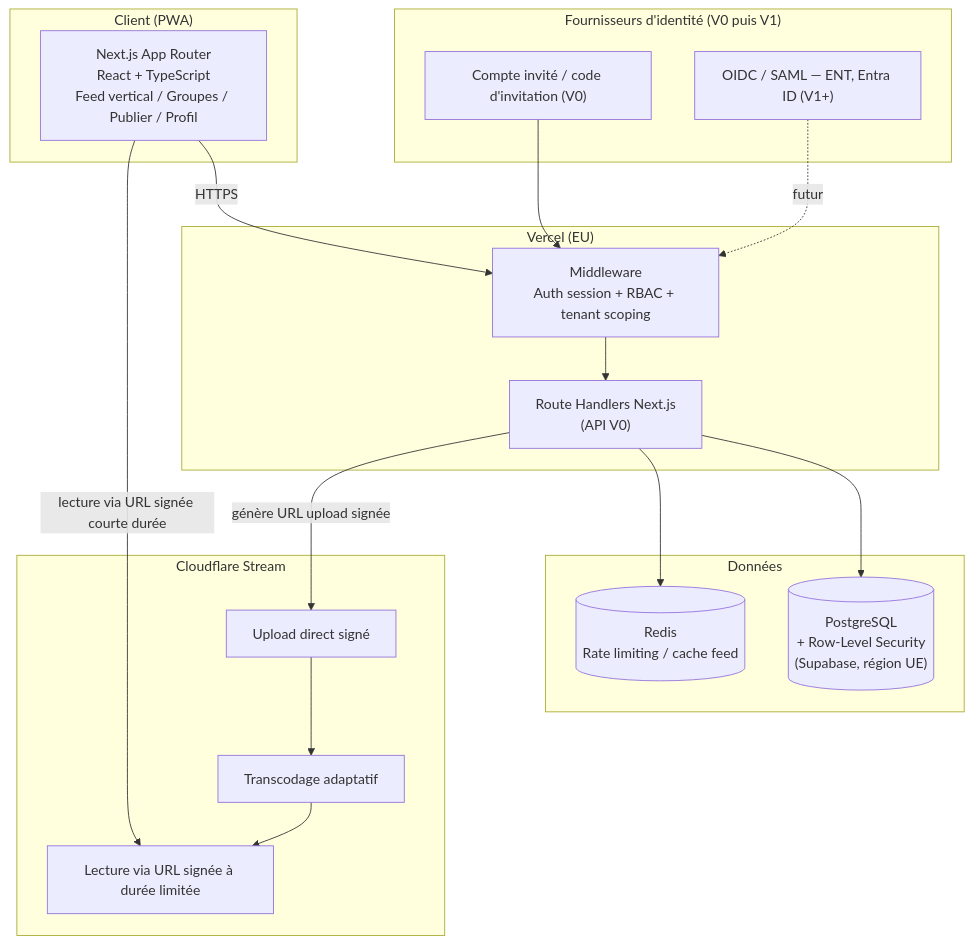
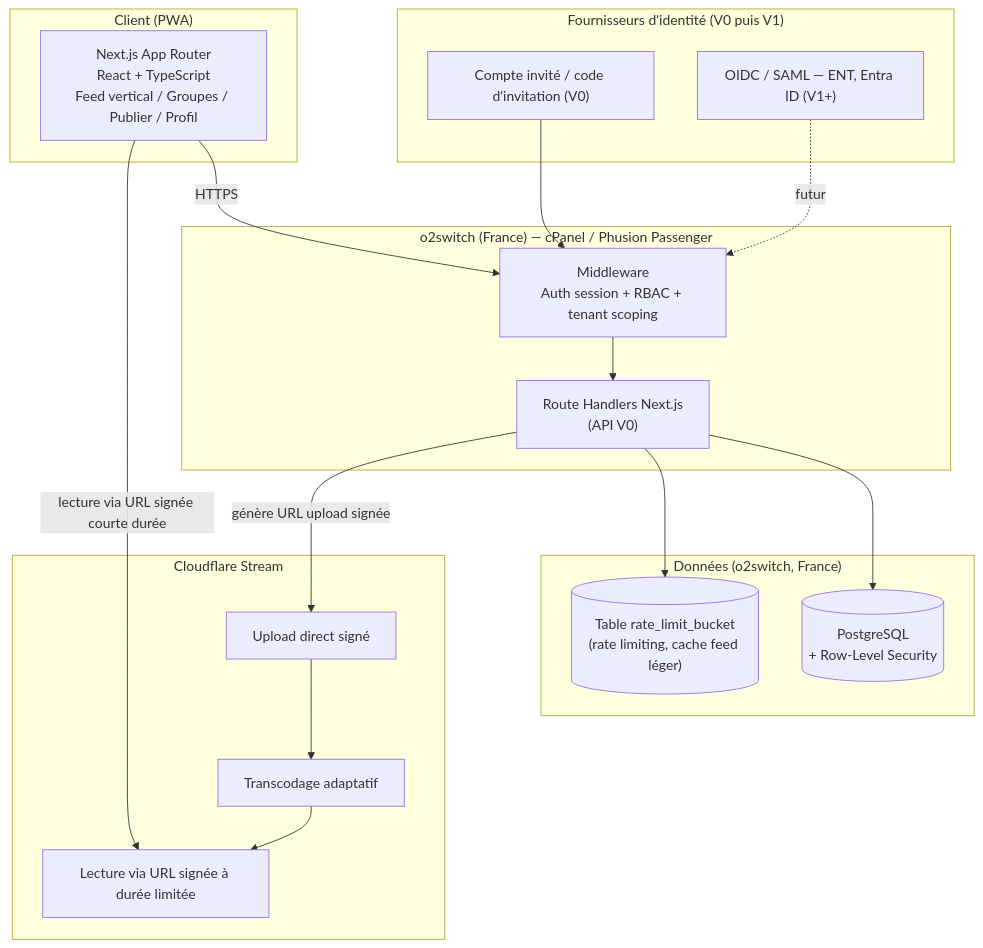
One commit to AAyachi328/ines changed the first of 4 diagrams in lycee-video-network/docs/ARCHITECTURE.md. Above: the diagram before and after it, drawn with Mermaid. The commit also changed other lines of this file, not shown here.

First line of the commit message:
Remplace Supabase/Vercel par o2switch dans l'architecture V0

````diff
--- a/lycee-video-network/docs/ARCHITECTURE.md
+++ b/lycee-video-network/docs/ARCHITECTURE.md
@@ -75,36 +94,36 @@
 ```mermaid
 flowchart TB
     subgraph Client["Client (PWA)"]
         UI["Next.js App Router\nReact + TypeScript\nFeed vertical / Groupes / Publier / Profil"]
     end
 
-    subgraph Edge["Vercel (EU)"]
+    subgraph Edge["o2switch (France) — cPanel / Phusion Passenger"]
         API["Route Handlers Next.js\n(API V0)"]
         MW["Middleware\nAuth session + RBAC + tenant scoping"]
     end
 
-    subgraph Data["Données"]
-        PG[("PostgreSQL\n+ Row-Level Security\n(Supabase, région UE)")]
-        REDIS[("Redis\nRate limiting / cache feed")]
+    subgraph Data["Données (o2switch, France)"]
+        PG[("PostgreSQL\n+ Row-Level Security")]
+        RL[("Table rate_limit_bucket\n(rate limiting, cache feed léger)")]
     end
 
     subgraph VideoProvider["Cloudflare Stream"]
         UPLOAD["Upload direct signé"]
         TRANSCODE["Transcodage adaptatif"]
         PLAYBACK["Lecture via URL signée à durée limitée"]
     end
 
     subgraph IdP["Fournisseurs d'identité (V0 puis V1)"]
         LOCAL["Compte invité / code d'invitation (V0)"]
         SSO["OIDC / SAML — ENT, Entra ID (V1+)"]
     end
 
     UI -->|HTTPS| MW --> API
     API --> PG
-    API --> REDIS
+    API --> RL
     API -->|génère URL upload signée| UPLOAD
     UPLOAD --> TRANSCODE --> PLAYBACK
     UI -->|lecture via URL signée courte durée| PLAYBACK
     LOCAL --> MW
     SSO -.futur.-> MW
 ```
````
